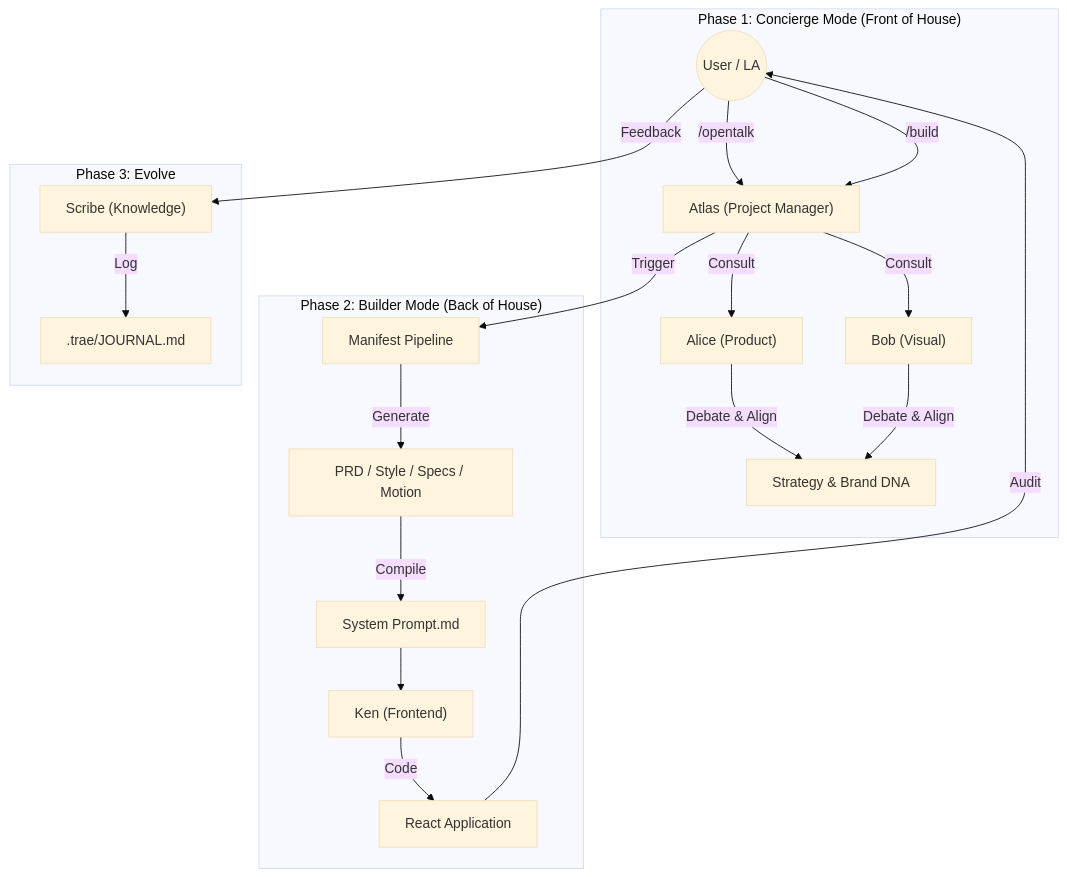
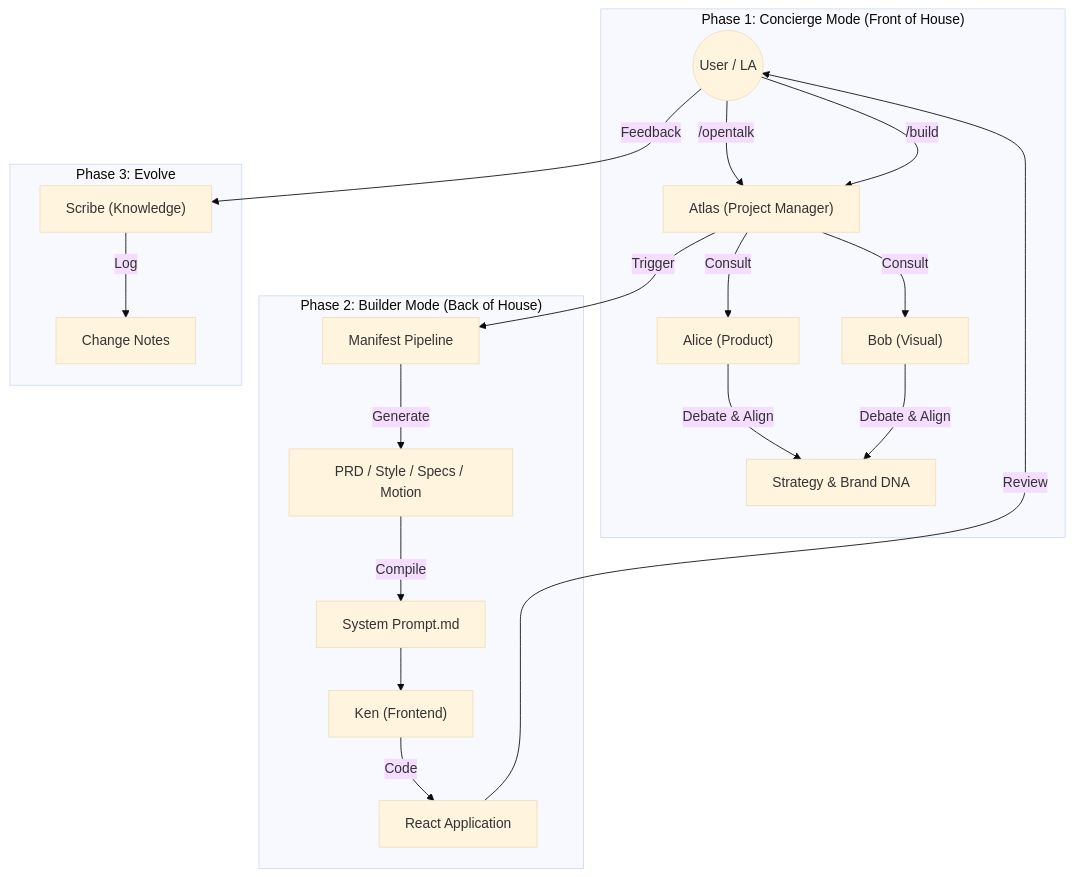
The diagram in README.md (Aha-leah/UPower_Design-2.0), drawn with Mermaid (base theme) before and after one commit. The commit also changed other lines of this file, not shown here.

````diff
--- a/README.md
+++ b/README.md
@@ -31,35 +31,35 @@
 ```mermaid
 graph TD
     %% Nodes
     User(("User / LA"))
     Atlas["Atlas (Project Manager)"]
     Alice["Alice (Product)"]
     Bob["Bob (Visual)"]
     Ken["Ken (Frontend)"]
     Scribe["Scribe (Knowledge)"]
     
     %% Phase 1: Concierge
     subgraph "Phase 1: Concierge Mode (Front of House)"
         User -->|/opentalk| Atlas
         Atlas -->|Consult| Alice
         Atlas -->|Consult| Bob
         Alice & Bob -->|Debate & Align| Strategy["Strategy & Brand DNA"]
     end
 
     %% Phase 2: Builder
     subgraph "Phase 2: Builder Mode (Back of House)"
         User -->|/build| Atlas
         Atlas -->|Trigger| Pipeline["Manifest Pipeline"]
         Pipeline -->|Generate| Assets["PRD / Style / Specs / Motion"]
         Assets -->|Compile| SystemPrompt["System Prompt.md"]
         SystemPrompt --> Ken
         Ken -->|Code| App["React Application"]
     end
 
     %% Phase 3: Evolve
     subgraph "Phase 3: Evolve"
-        App -->|Audit| User
+        App -->|Review| User
         User -->|Feedback| Scribe
-        Scribe -->|Log| Memory[".trae/JOURNAL.md"]
+        Scribe -->|Log| Memory["Change Notes"]
     end
 ```
````
